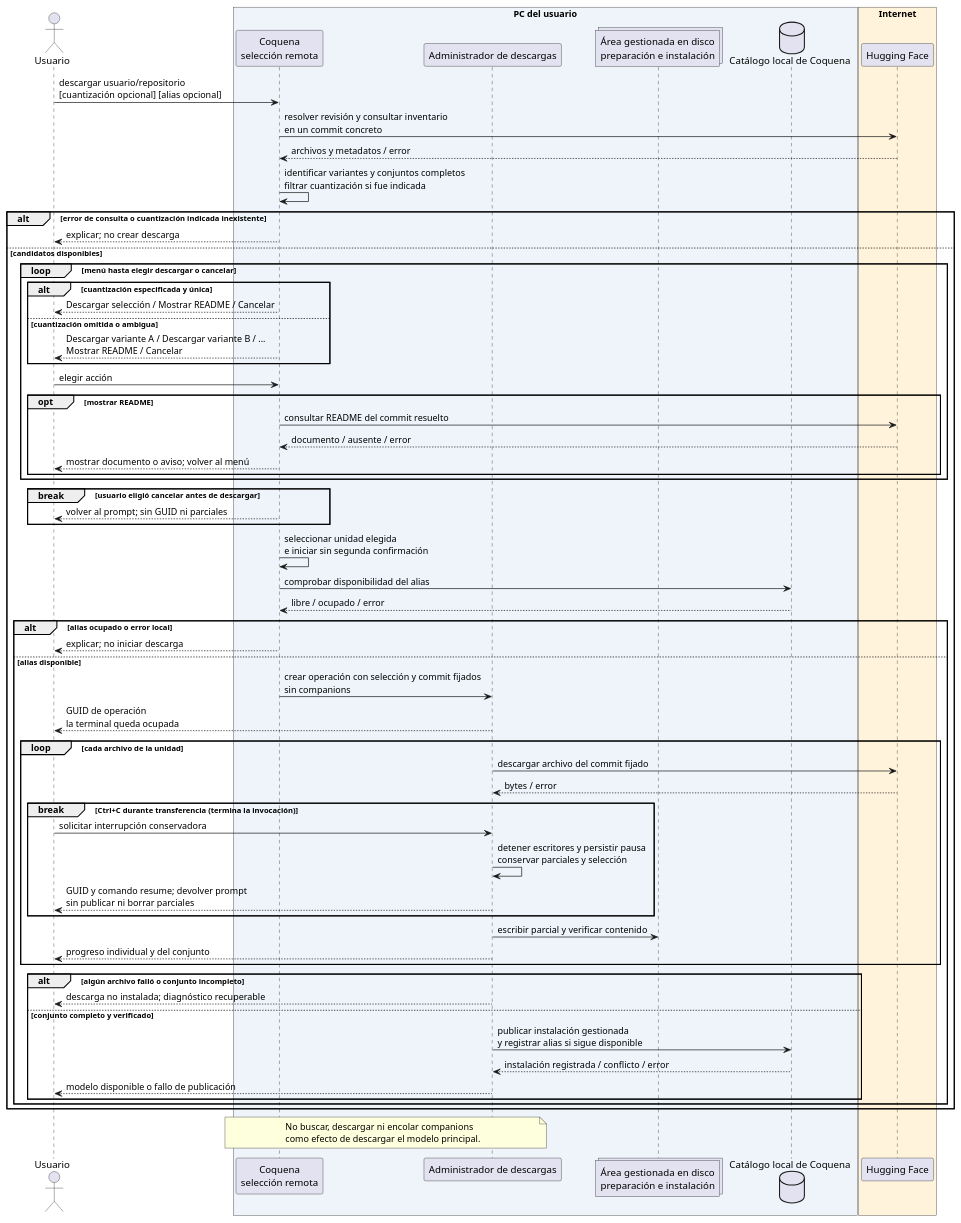
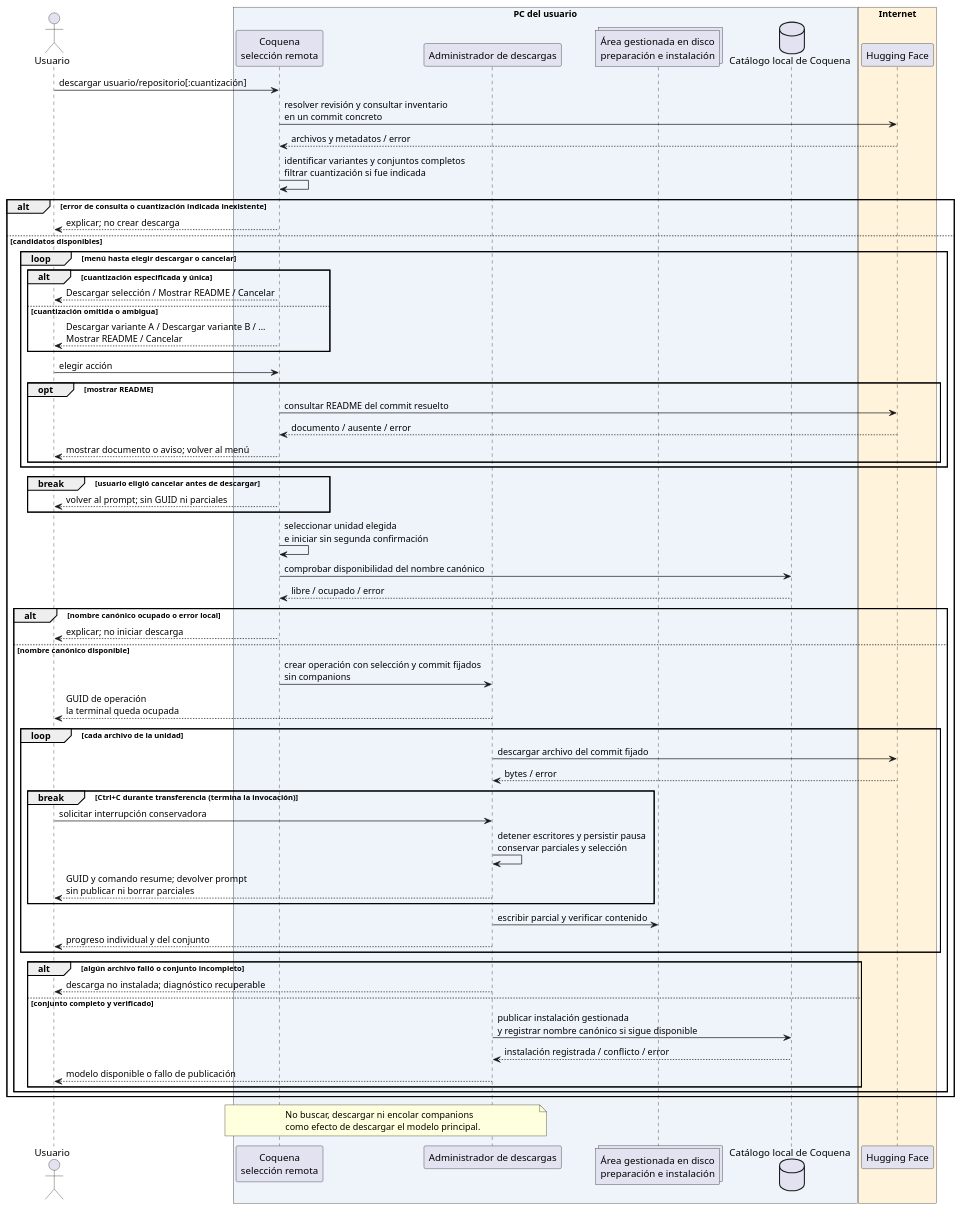
Before and after one commit to mstranich/coquena: the second of 7 diagrams in docs/secuencias.md, drawn with PlantUML. The commit also changed other lines of this file and 7 other files, not shown here.

````diff
--- a/docs/secuencias.md
+++ b/docs/secuencias.md
@@ -97,69 +93,69 @@
 ```plantuml
 @startuml
 actor Usuario as U
 box "PC del usuario" #EEF4FA
 participant "Coquena\nselección remota" as C
 participant "Administrador de descargas" as D
 collections "Área gestionada en disco\npreparación e instalación" as F
 database "Catálogo local de Coquena" as I
 end box
 box "Internet" #FFF3DB
 participant "Hugging Face" as HF
 end box
-U -> C : descargar usuario/repositorio\n[cuantización opcional] [alias opcional]
+U -> C : descargar usuario/repositorio[:cuantización]
 C -> HF : resolver revisión y consultar inventario\nen un commit concreto
 HF --> C : archivos y metadatos / error
 C -> C : identificar variantes y conjuntos completos\nfiltrar cuantización si fue indicada
 alt error de consulta o cuantización indicada inexistente
   C --> U : explicar; no crear descarga
 else candidatos disponibles
   loop menú hasta elegir descargar o cancelar
     alt cuantización especificada y única
       C --> U : Descargar selección / Mostrar README / Cancelar
     else cuantización omitida o ambigua
       C --> U : Descargar variante A / Descargar variante B / ...\nMostrar README / Cancelar
     end
     U -> C : elegir acción
     opt mostrar README
       C -> HF : consultar README del commit resuelto
       HF --> C : documento / ausente / error
       C --> U : mostrar documento o aviso; volver al menú
     end
   end
   break usuario eligió cancelar antes de descargar
     C --> U : volver al prompt; sin GUID ni parciales
   end
   C -> C : seleccionar unidad elegida\ne iniciar sin segunda confirmación
-  C -> I : comprobar disponibilidad del alias
+  C -> I : comprobar disponibilidad del nombre canónico
   I --> C : libre / ocupado / error
-  alt alias ocupado o error local
+  alt nombre canónico ocupado o error local
     C --> U : explicar; no iniciar descarga
-  else alias disponible
+  else nombre canónico disponible
     C -> D : crear operación con selección y commit fijados\nsin companions
     D --> U : GUID de operación\nla terminal queda ocupada
     loop cada archivo de la unidad
       D -> HF : descargar archivo del commit fijado
       HF --> D : bytes / error
       break Ctrl+C durante transferencia (termina la invocación)
         U -> D : solicitar interrupción conservadora
         D -> D : detener escritores y persistir pausa\nconservar parciales y selección
         D --> U : GUID y comando resume; devolver prompt\nsin publicar ni borrar parciales
       end
       D -> F : escribir parcial y verificar contenido
       D --> U : progreso individual y del conjunto
     end
     alt algún archivo falló o conjunto incompleto
       D --> U : descarga no instalada; diagnóstico recuperable
     else conjunto completo y verificado
-      D -> I : publicar instalación gestionada\ny registrar alias si sigue disponible
+      D -> I : publicar instalación gestionada\ny registrar nombre canónico si sigue disponible
       I --> D : instalación registrada / conflicto / error
       D --> U : modelo disponible o fallo de publicación
     end
   end
 end
 note over C,D
   No buscar, descargar ni encolar companions
   como efecto de descargar el modelo principal.
 end note
 @enduml
 ```
````
